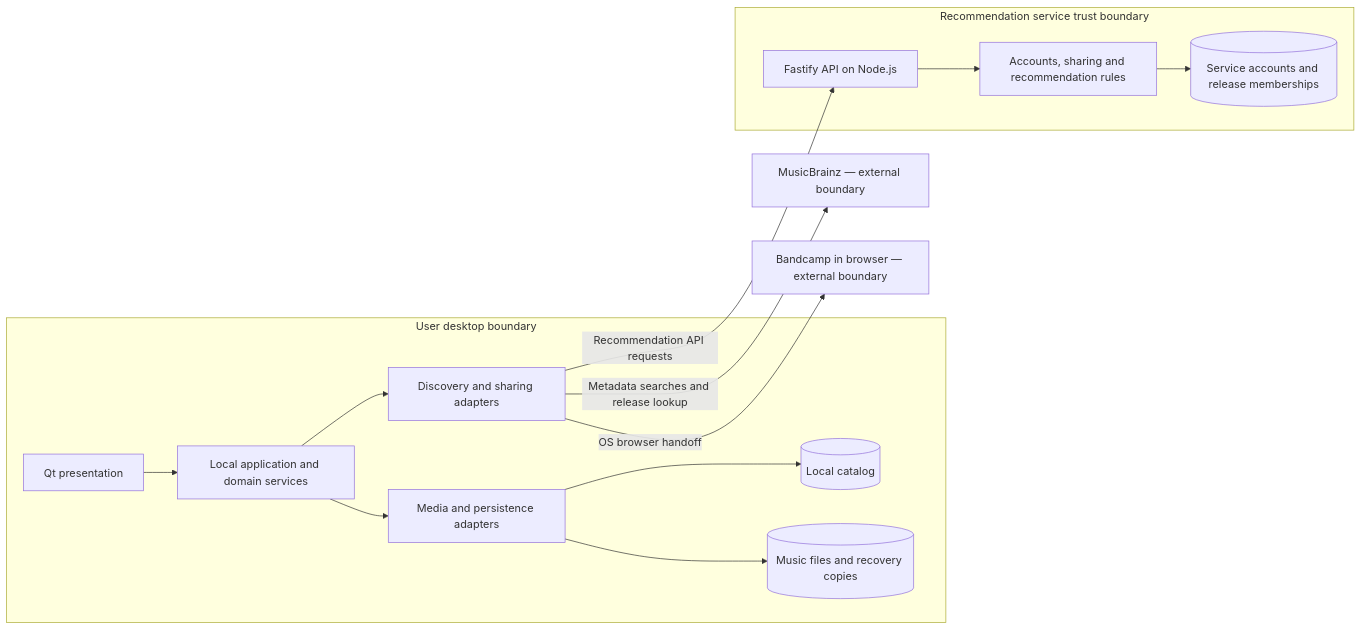
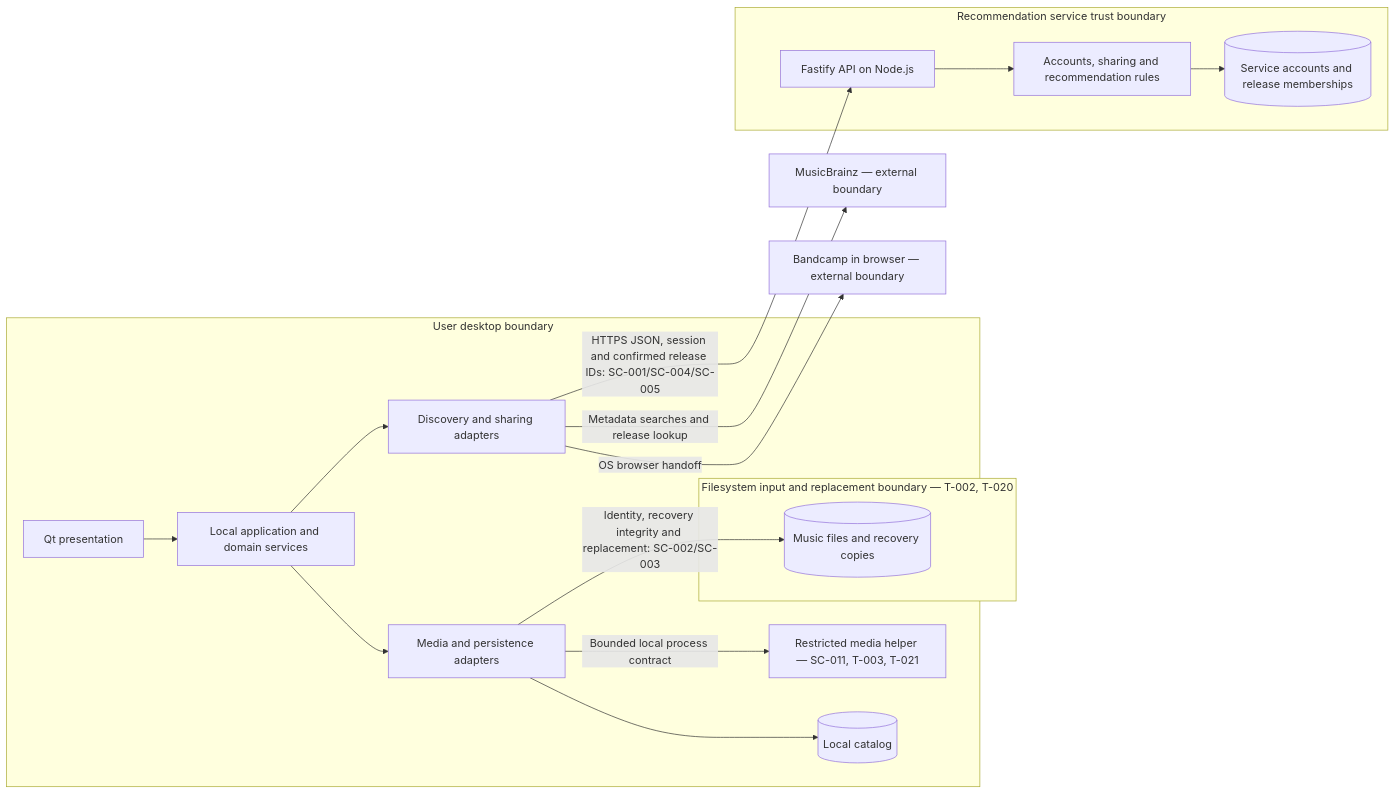
The diagram in ARCHITECTURE.md (jmanico/tag-zeppelin), drawn with Mermaid before and after one commit. The commit also changed other lines of this file and 22 other files, not shown here.

````diff
--- a/ARCHITECTURE.md
+++ b/ARCHITECTURE.md
@@ -52,26 +52,30 @@
 ```mermaid
 flowchart LR
   subgraph Desktop["User desktop boundary"]
     UI["Qt presentation"]
     Local["Local application and domain services"]
     Media["Media and persistence adapters"]
     Net["Discovery and sharing adapters"]
+    Helper["Restricted media helper — SC-011, T-003, T-021"]
     Catalog[("Local catalog")]
-    Files[("Music files and recovery copies")]
+    subgraph FileBoundary["Filesystem input and replacement boundary — T-002, T-020"]
+      Files[("Music files and recovery copies")]
+    end
     UI --> Local
     Local --> Media
+    Media -->|"Bounded local process contract"| Helper
     Media --> Catalog
-    Media --> Files
+    Media -->|"Identity, recovery integrity and replacement: SC-002/SC-003"| Files
     Local --> Net
   end
   subgraph Remote["Recommendation service trust boundary"]
     API["Fastify API on Node.js"]
     Domain["Accounts, sharing and recommendation rules"]
     Store[("Service accounts and release memberships")]
     API --> Domain
     Domain --> Store
   end
-  Net -->|"Recommendation API requests"| API
+  Net -->|"HTTPS JSON, session and confirmed release IDs: SC-001/SC-004/SC-005"| API
   Net -->|"Metadata searches and release lookup"| MB["MusicBrainz — external boundary"]
   Net -->|"OS browser handoff"| BC["Bandcamp in browser — external boundary"]
 ```
````
